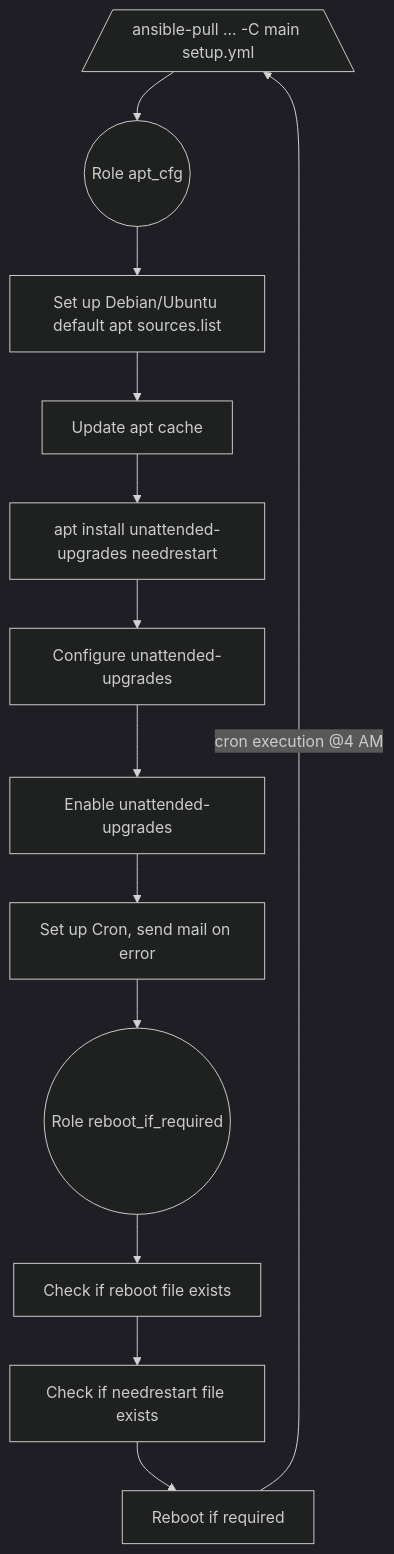
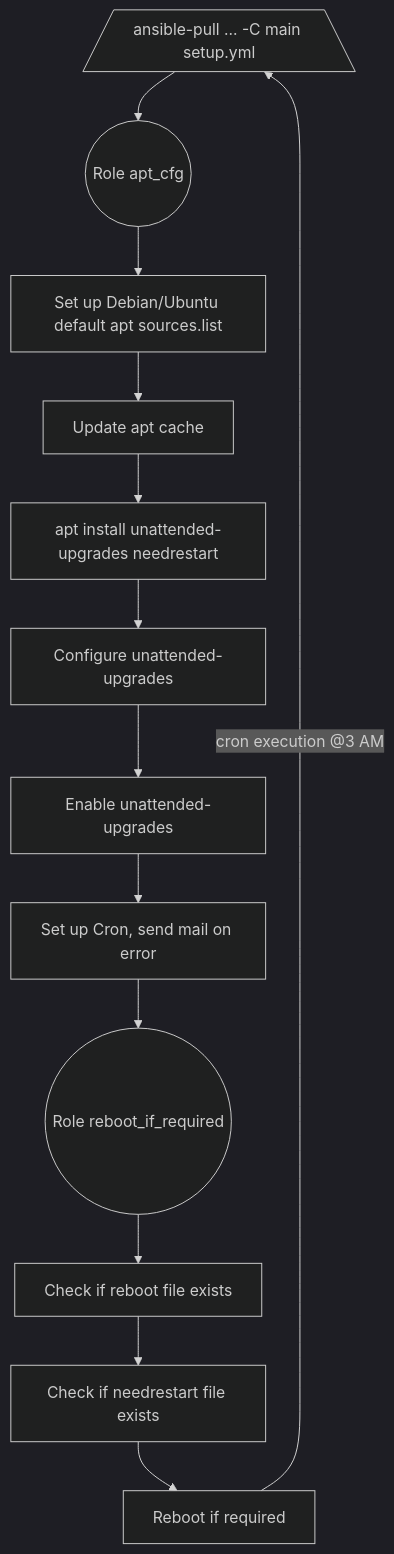
The diagram in README.md (jijischmitt/cfg_debian), drawn with Mermaid (dark theme) before and after one commit. The commit also changed other lines of this file, not shown here.

````diff
--- a/README.md
+++ b/README.md
@@ -21,21 +18,21 @@
 ```mermaid
 graph TD
     A[/"`ansible-pull ... -C main setup.yml`"\]
     R1(("`Role apt_cfg`")) 
     R1Ta1[Set up Debian/Ubuntu default apt sources.list]
     R1Ta2[Update apt cache]
     R1Ta3[apt install unattended-upgrades needrestart]
     R1Ta4[Configure unattended-upgrades]
     R1Ta5[Enable unattended-upgrades]
     R1Ta6[Set up Cron, send mail on error ]
     R2(("`Role reboot_if_required`")) 
     R2ta1[Check if reboot file exists]
     R2ta2[Check if needrestart file exists]
     R2ta3[Reboot if required]
     
 A --> R1
 R1 --> R1Ta1 --> R1Ta2 --> R1Ta3 --> R1Ta4 --> R1Ta5 --> R1Ta6 
 R1Ta6 --> R2
 R2 --> R2ta1 --> R2ta2 --> R2ta3
-R2ta3 -->|cron execution @4 AM | A
+R2ta3 -->|cron execution @3 AM | A
 ```
````
